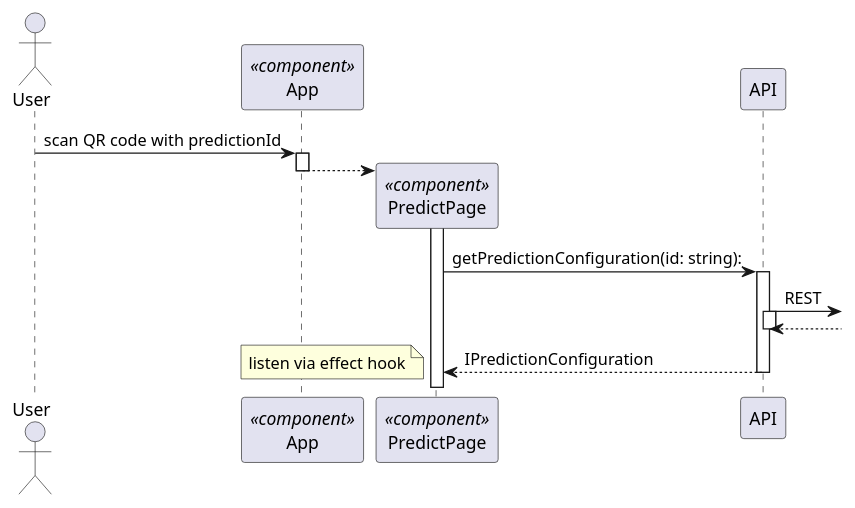
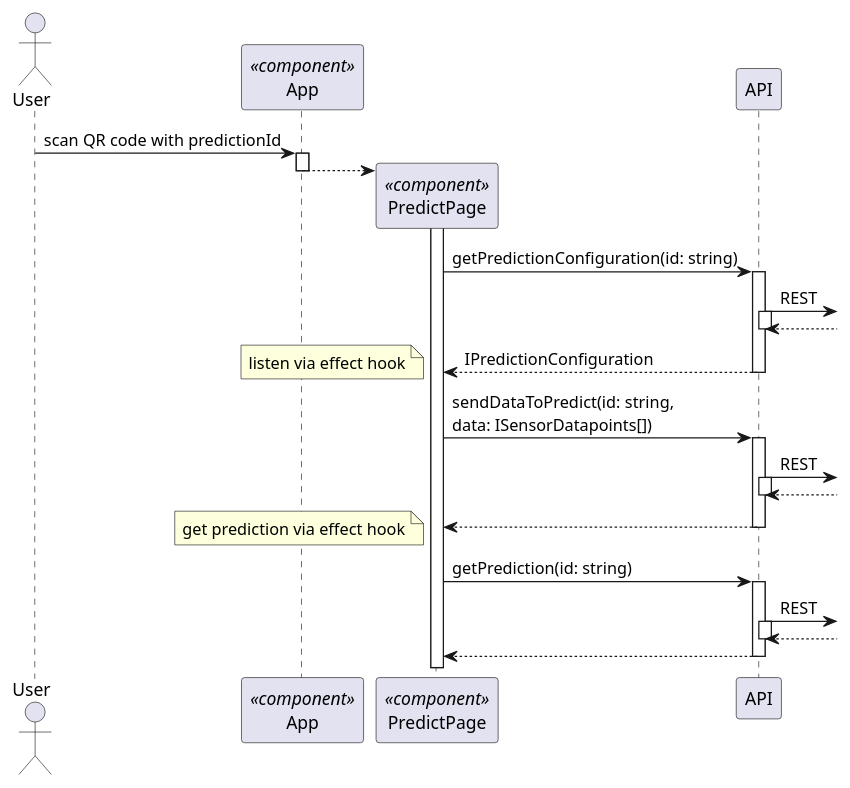
The diagram in Design/sequence-diagrams/mobile-predict.pu (PSE-TECO-2020-TEAM1/e2e-ml_docs), drawn with PlantUML before and after one commit.

```diff
--- a/Design/sequence-diagrams/mobile-predict.pu
+++ b/Design/sequence-diagrams/mobile-predict.pu
@@ -1,19 +1,27 @@
 @startuml Mobile Client - New Sample
 autoactivate on
 
 actor User as u
 participant App as app << component >>
 participant PredictPage as pp << component >>
 participant API as api
 
 u -> app : scan QR code with predictionId
 app --> pp **
 deactivate app
 activate pp
-pp -> api : getPredictionConfiguration(id: string):
+pp -> api : getPredictionConfiguration(id: string)
 api ->]: REST
 return
 return IPredictionConfiguration
 note left: listen via effect hook
-
+pp -> api : sendDataToPredict(id: string,\ndata: ISensorDatapoints[])
+api ->]: REST
+return
+return
+note left: get prediction via effect hook
+pp -> api : getPrediction(id: string)
+api ->]: REST
+return
+return
 @enduml
```
